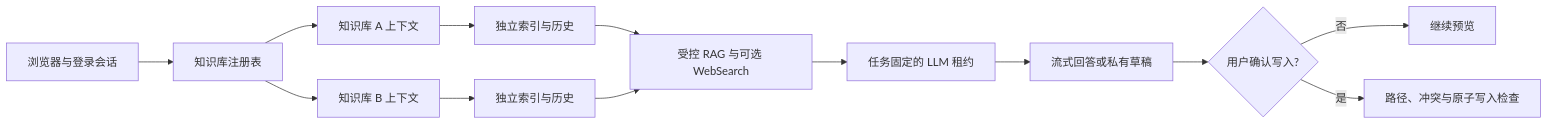
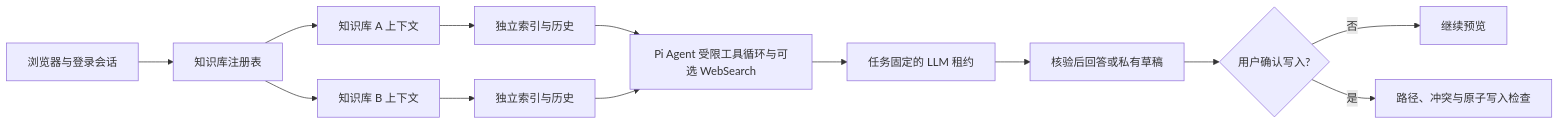
Before and after one commit to kygoyuan2004/Second-Mind: the diagram in README.md, drawn with Mermaid. The commit also changed other lines of this file and 13 other files, not shown here.

````diff
--- a/README.md
+++ b/README.md
@@ -123,15 +127,15 @@
 ```mermaid
 flowchart LR
   B[浏览器与登录会话] --> R[知识库注册表]
   R --> A[知识库 A 上下文]
   R --> C[知识库 B 上下文]
   A --> IA[独立索引与历史]
   C --> IC[独立索引与历史]
-  IA --> Q[受控 RAG 与可选 WebSearch]
+  IA --> Q[Pi Agent 受限工具循环与可选 WebSearch]
   IC --> Q
   Q --> L[任务固定的 LLM 租约]
-  L --> O[流式回答或私有草稿]
+  L --> O[核验后回答或私有草稿]
   O --> W{用户确认写入?}
   W -->|否| P[继续预览]
   W -->|是| V[路径、冲突与原子写入检查]
 ```
````
